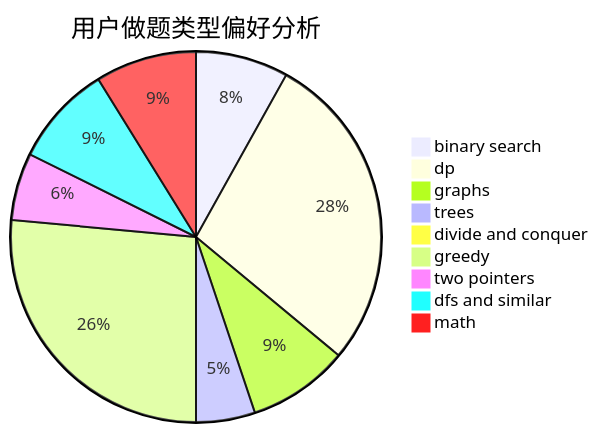
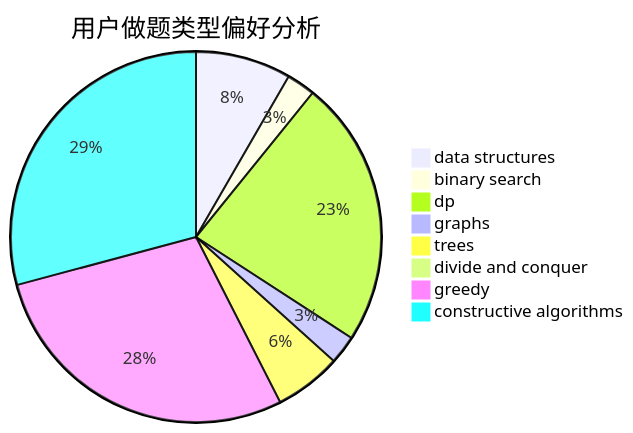
The second of 3 diagrams in docs/user/u1688.md (sherpahu/cfrs.github.io), drawn with Mermaid before and after one commit. The commit also changed other lines of this file and 2775 other files, not shown here.

````diff
--- a/docs/user/u1688.md
+++ b/docs/user/u1688.md
@@ -23,12 +23,11 @@
 ```mermaid
 pie title 用户做题类型偏好分析
-    "binary search" :  11
-    "dp" :  38
-    "graphs" :  12
+    "data structures" :  10
+    "binary search" :  3
+    "dp" :  28
+    "graphs" :  3
     "trees" :  7
     "divide and conquer" :  0
-    "greedy" :  36
-    "two pointers" :  8
-    "dfs and similar" :  12
-    "math" :  12
+    "greedy" :  34
+    "constructive algorithms" :  35
 ```
````
